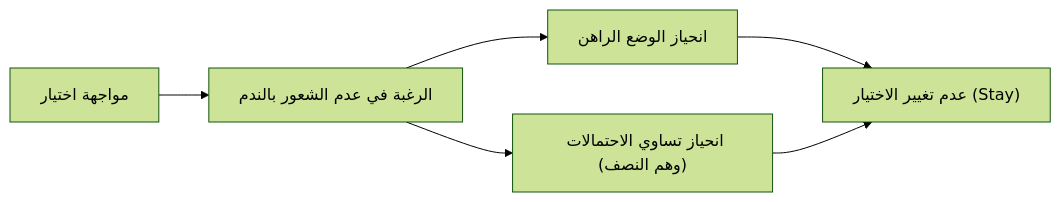
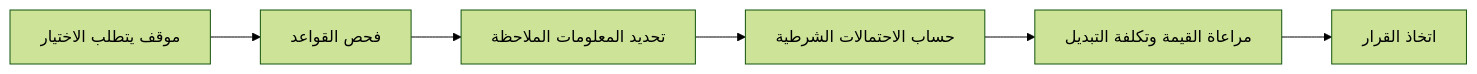
Before and after one commit to kenjinote/blog: the second of 2 diagrams in content/post/paradox-monty-hall-problem/index.ar.md, drawn with Mermaid (forest theme). The commit also changed other lines of this file and 12 other files, not shown here.

````diff
--- a/content/post/paradox-monty-hall-problem/index.ar.md
+++ b/content/post/paradox-monty-hall-problem/index.ar.md
@@ -187,8 +164,8 @@
 ```mermaid
 flowchart LR
-    Situation["مواجهة اختيار"] --> Feeling["الرغبة في عدم الشعور بالندم"]
-    Feeling --> Bias1["انحياز الوضع الراهن"]
-    Feeling --> Bias2["انحياز تساوي الاحتمالات (وهم النصف)"]
-    Bias1 --> Conclusion["عدم تغيير الاختيار (Stay)"]
-    Bias2 --> Conclusion
+    Situation["موقف يتطلب الاختيار"] --> Rules["فحص القواعد"]
+    Rules --> Observation["تحديد المعلومات الملاحظة"]
+    Observation --> Posterior["حساب الاحتمالات الشرطية"]
+    Posterior --> Utility["مراعاة القيمة وتكلفة التبديل"]
+    Utility --> Decision["اتخاذ القرار"]
 ```
````
